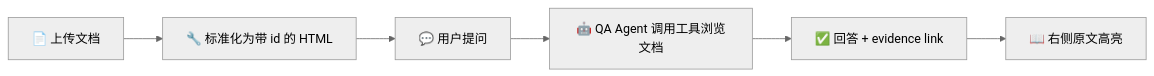
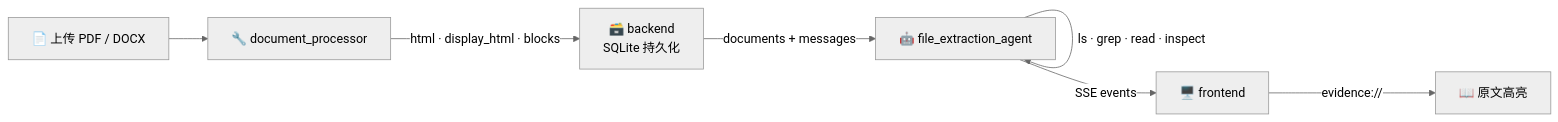
Before and after one commit to ADChahaha/TraceAgent: the diagram in README.md, drawn with Mermaid (neutral theme). The commit also changed other lines of this file and 16 other files, not shown here.

Commit message:
Document QA flow and evidence review updates

````diff
--- a/README.md
+++ b/README.md
@@ -48,8 +53,10 @@
 ```mermaid
 flowchart LR
-    Upload["📄 上传文档"] --> Normalize["🔧 标准化为带 id 的 HTML"]
-    Normalize --> Ask["💬 用户提问"]
-    Ask --> Agent["🤖 QA Agent 调用工具浏览文档"]
-    Agent --> Answer["✅ 回答 + evidence link"]
-    Answer --> Review["📖 右侧原文高亮"]
+    Upload["📄 上传 PDF / DOCX"]
+    Upload --> Processor["🔧 document_processor"]
+    Processor --> |"html · display_html · blocks"| Backend["🗃️ backend<br/>SQLite 持久化"]
+    Backend --> |"documents + messages"| Agent["🤖 file_extraction_agent"]
+    Agent --> |"ls · grep · read · inspect"| Agent
+    Agent --> |"SSE events"| Frontend["🖥️ frontend"]
+    Frontend --> |"evidence://"| Review["📖 原文高亮"]
 ```
````
